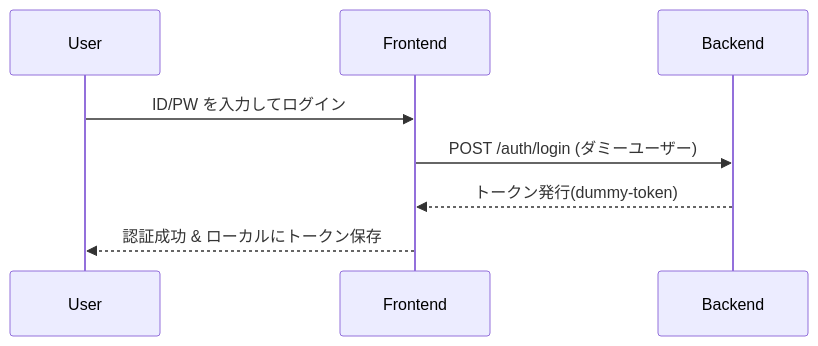
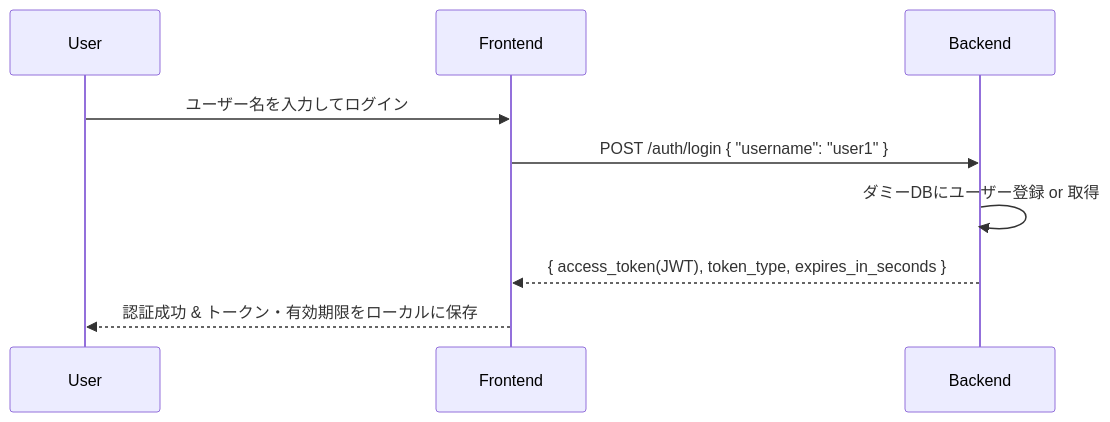
The second of 6 diagrams in docs/architecture.md (koki-ymd/stock-viewer), drawn with Mermaid before and after one commit. The commit also changed other lines of this file, not shown here.

Commit message:
docs: update architecture.md to reflect the migration from dummy token to JWT

````diff
--- a/docs/architecture.md
+++ b/docs/architecture.md
@@ -270,12 +301,12 @@
 ```mermaid
 sequenceDiagram
   participant U as User
   participant FE as Frontend
   participant BE as Backend
 
-  U->>FE: ID/PW を入力してログイン
-  FE->>BE: POST /auth/login (ダミーユーザー)
-  BE-->>FE: トークン発行(dummy-token)
-  FE-->>U: 認証成功 & ローカルにトークン保存
-
+  U->>FE: ユーザー名を入力してログイン
+  FE->>BE: POST /auth/login { "username": "user1" }
+  BE->>BE: ダミーDBにユーザー登録 or 取得
+  BE-->>FE: { access_token(JWT), token_type, expires_in_seconds }
+  FE-->>U: 認証成功 & トークン・有効期限をローカルに保存
 ```
````
